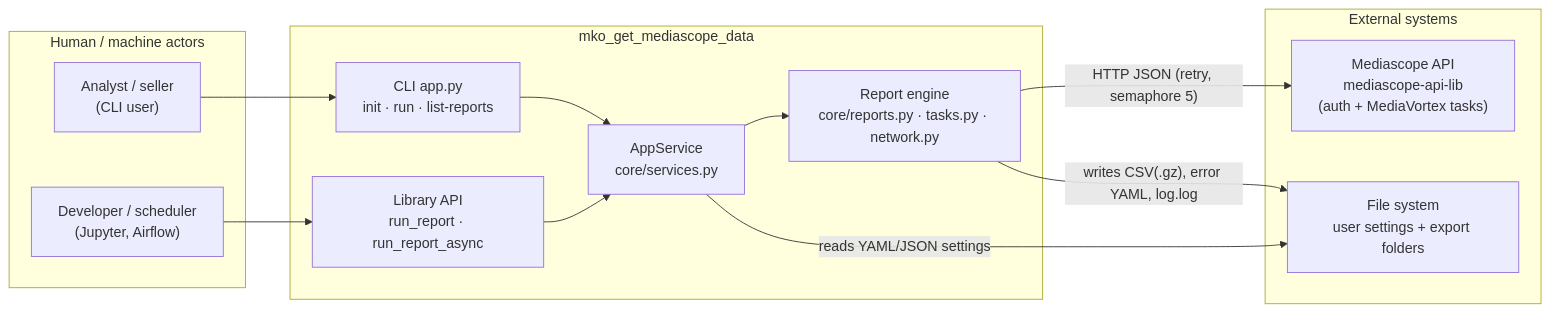
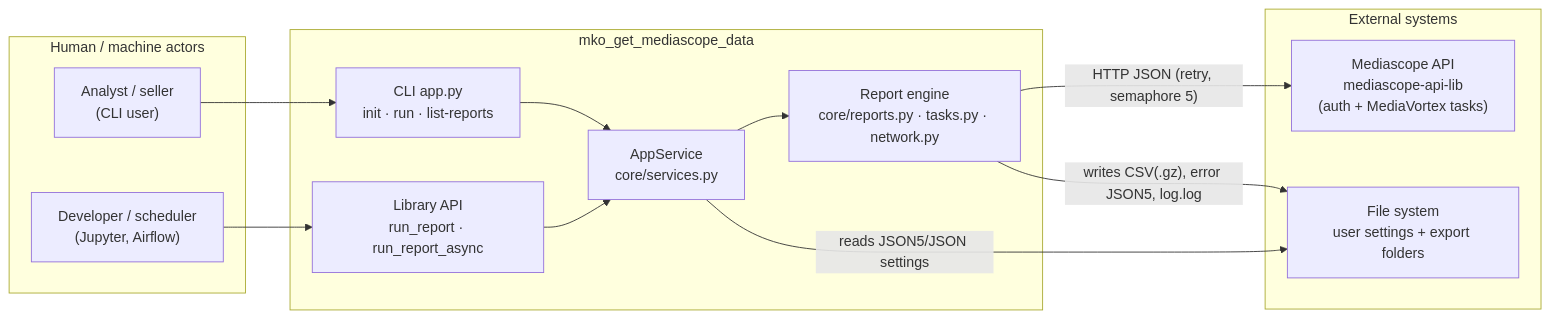
One commit to manicko/mko_get_mediascope_data changed the first of 4 diagrams in docs/00-overview/system-architecture.md. Above: the diagram before and after it, drawn with Mermaid. The commit also changed other lines of this file and 8 other files, not shown here.

First line of the commit message:
docs: update documentation for JSON5 settings migration

````diff
--- a/docs/00-overview/system-architecture.md
+++ b/docs/00-overview/system-architecture.md
@@ -33,25 +33,25 @@
 ```mermaid
 flowchart LR
     subgraph actors["Human / machine actors"]
         U["Analyst / seller<br/>(CLI user)"]
         D["Developer / scheduler<br/>(Jupyter, Airflow)"]
     end
     subgraph tool["mko_get_mediascope_data"]
         CLI["CLI app.py<br/>init · run · list-reports"]
         LIB["Library API<br/>run_report · run_report_async"]
         SVC["AppService<br/>core/services.py"]
         ENGINE["Report engine<br/>core/reports.py · tasks.py · network.py"]
     end
     subgraph external["External systems"]
         MS["Mediascope API<br/>mediascope-api-lib<br/>(auth + MediaVortex tasks)"]
         FS["File system<br/>user settings + export folders"]
     end
     U --> CLI
     D --> LIB
     CLI --> SVC
     LIB --> SVC
     SVC --> ENGINE
     ENGINE -->|"HTTP JSON (retry, semaphore 5)"| MS
-    SVC -->|"reads YAML/JSON settings"| FS
-    ENGINE -->|"writes CSV(.gz), error YAML, log.log"| FS
+    SVC -->|"reads JSON5/JSON settings"| FS
+    ENGINE -->|"writes CSV(.gz), error JSON5, log.log"| FS
 ```
````
